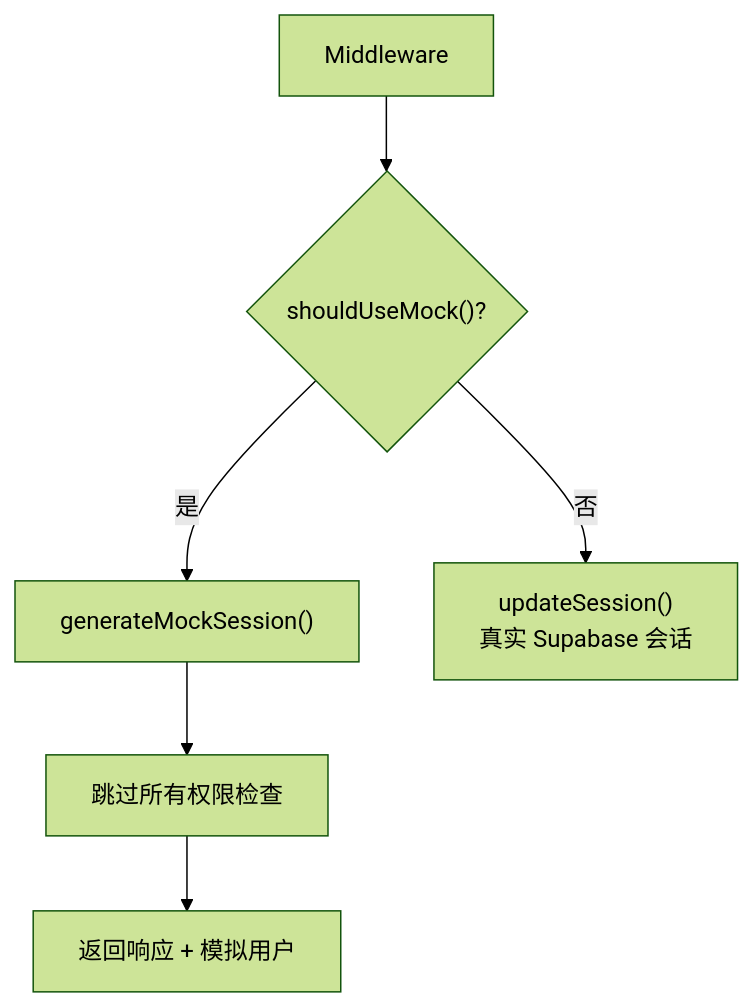
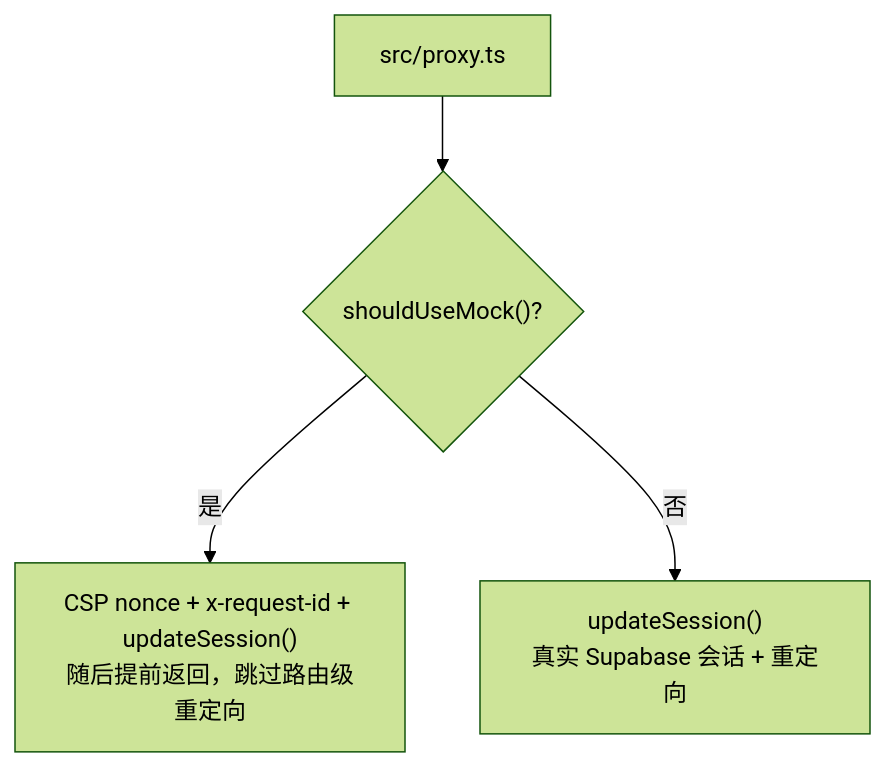
The fourth of 4 diagrams in docs/architecture/13-mock-system.md (Sun1090/IndieStack), drawn with Mermaid (forest theme) before and after one commit. The commit also changed other lines of this file and 14 other files, not shown here.

````diff
--- a/docs/architecture/13-mock-system.md
+++ b/docs/architecture/13-mock-system.md
@@ -98,8 +131,6 @@
 ```mermaid
 flowchart TD
-    MW["Middleware"] --> CheckMock{"shouldUseMock()?"}
-    CheckMock -->|是| MockSession["generateMockSession()"]
-    MockSession --> SkipAuth["跳过所有权限检查"]
-    SkipAuth --> Return["返回响应 + 模拟用户"]
-    CheckMock -->|否| RealSession["updateSession()<br/>真实 Supabase 会话"]
+    Proxy["src/proxy.ts"] --> CheckMock{"shouldUseMock()?"}
+    CheckMock -->|是| MockEarly["CSP nonce + x-request-id + updateSession()<br/>随后提前返回，跳过路由级重定向"]
+    CheckMock -->|否| RealSession["updateSession()<br/>真实 Supabase 会话 + 重定向"]
 ```
````
